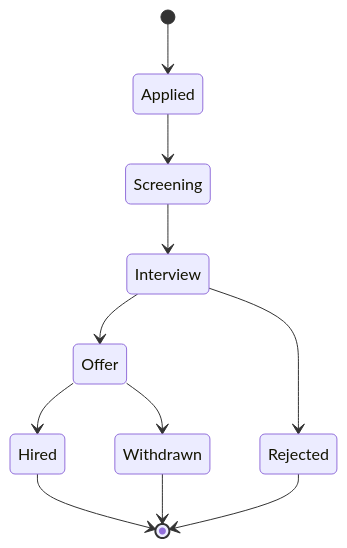
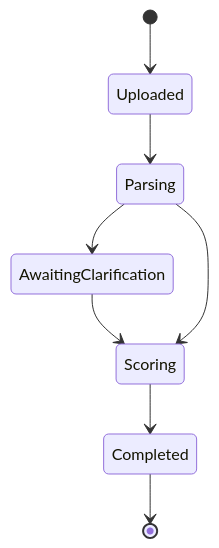
One commit to vanshbahl/resume-screener changed the third of 5 diagrams in docs/04_APP_FLOW.md. Above: the diagram before and after it, drawn with Mermaid. The commit also changed other lines of this file and 16 other files, not shown here.

````diff
--- a/docs/04_APP_FLOW.md
+++ b/docs/04_APP_FLOW.md
@@ -74,13 +74,10 @@
 ```mermaid
 stateDiagram-v2
-    [*] --> Applied
-    Applied --> Screening
-    Screening --> Interview
-    Interview --> Offer
-    Interview --> Rejected
-    Offer --> Hired
-    Offer --> Withdrawn
-    Hired --> [*]
-    Rejected --> [*]
-    Withdrawn --> [*]
+    [*] --> Uploaded
+    Uploaded --> Parsing
+    Parsing --> AwaitingClarification
+    AwaitingClarification --> Scoring
+    Parsing --> Scoring
+    Scoring --> Completed
+    Completed --> [*]
 ```
````
